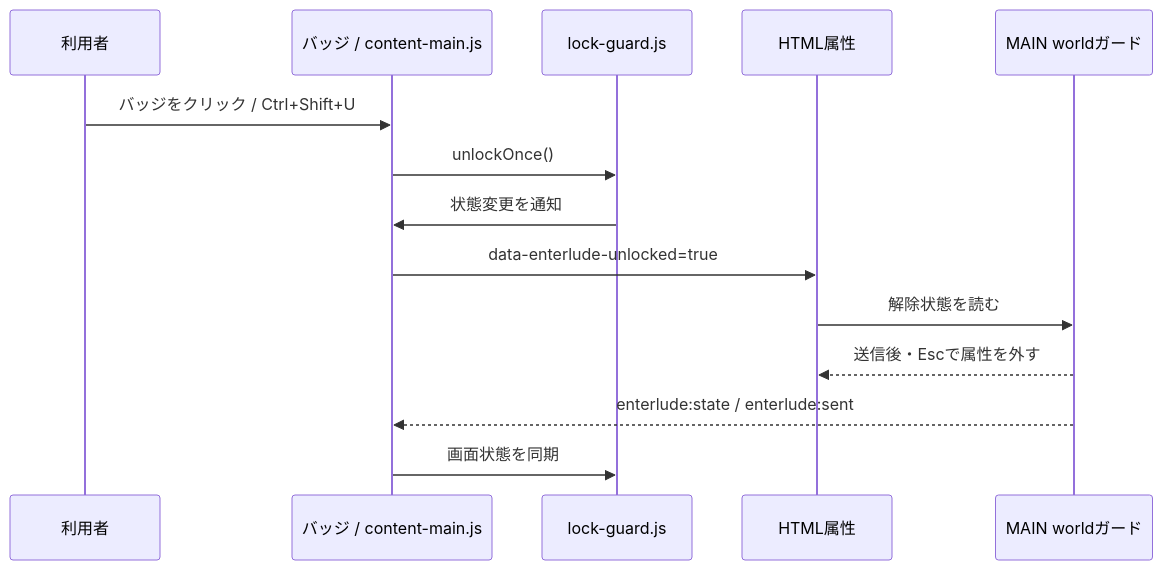
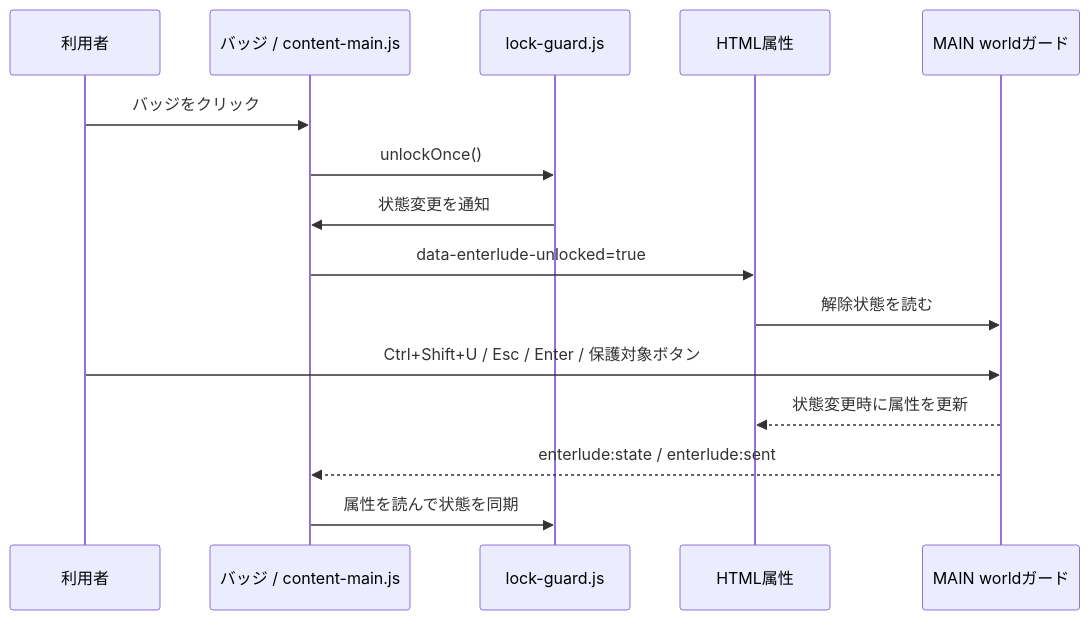
One commit to Maximiliana65/enterlude changed the second of 3 diagrams in docs/ARCHITECTURE.md. Above: the diagram before and after it, drawn with Mermaid. The commit also changed other lines of this file, not shown here.

Commit message:
docs: refine architecture behavior notes

````diff
--- a/docs/ARCHITECTURE.md
+++ b/docs/ARCHITECTURE.md
@@ -86,17 +87,18 @@
 ```mermaid
 sequenceDiagram
   participant U as 利用者
   participant B as バッジ / content-main.js
   participant L as lock-guard.js
   participant A as HTML属性
   participant G as MAIN worldガード
 
-  U->>B: バッジをクリック / Ctrl+Shift+U
+  U->>B: バッジをクリック
   B->>L: unlockOnce()
   L->>B: 状態変更を通知
   B->>A: data-enterlude-unlocked=true
   A->>G: 解除状態を読む
-  G-->>A: 送信後・Escで属性を外す
+  U->>G: Ctrl+Shift+U / Esc / Enter / 保護対象ボタン
+  G-->>A: 状態変更時に属性を更新
   G-->>B: enterlude:state / enterlude:sent
-  B->>L: 画面状態を同期
+  B->>L: 属性を読んで状態を同期
 ```
````
